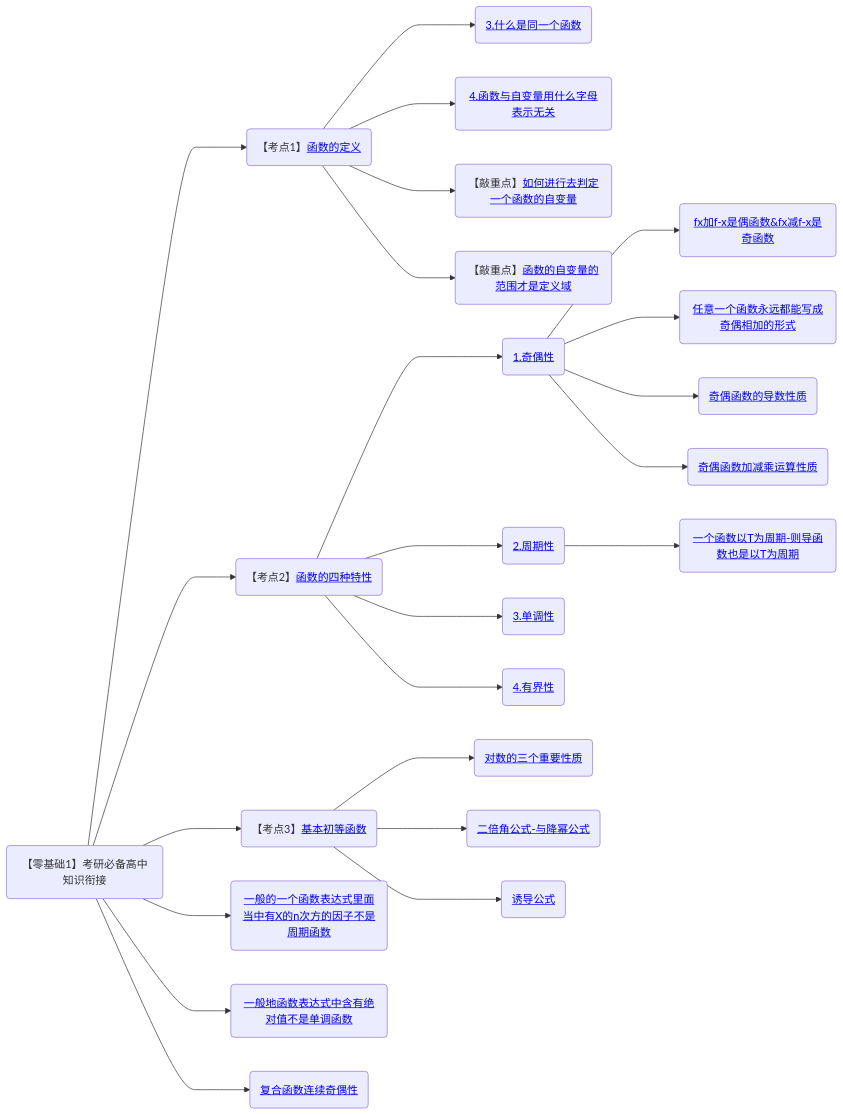
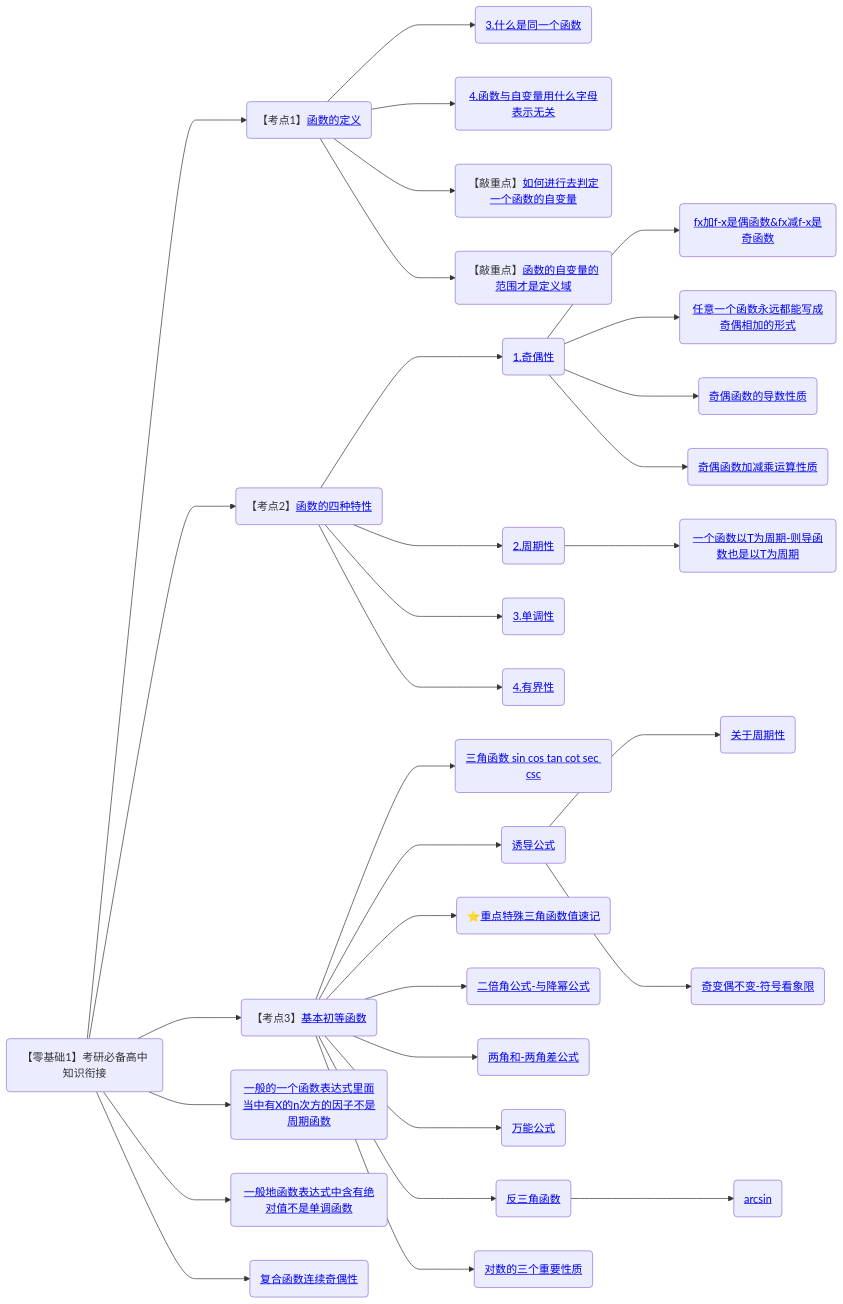
Before and after one commit to yuebinghui/note: the second of 11 diagrams in 笔记/数学/周洋鑫/00.框架.md, drawn with Mermaid. The commit also changed 2 other files, not shown here.

Commit message:
Wed Sep 11 16:40:01 CST 2024

````diff
--- a/笔记/数学/周洋鑫/00.框架.md
+++ b/笔记/数学/周洋鑫/00.框架.md
@@ -11,36 +11,47 @@
 ```mermaid
 graph LR
 考研必备高中知识衔接(【零基础1】考研必备高中知识衔接)
 
 考研必备高中知识衔接--->函数的定义(【考点1】<a href="/Users/yuebinghui/Documents/program/github/note/笔记/数学/周洋鑫/02.零基础核心考点精讲1-1～2-1.md#函数的定义">函数的定义</>)
 函数的定义--->3.什么是同一个函数(<a href="/Users/yuebinghui/Documents/program/github/note/笔记/数学/周洋鑫/02.零基础核心考点精讲1-1～2-1.md#3.什么是同一个函数">3.什么是同一个函数</>)
 函数的定义--->4.函数与自变量用什么字母表示无关(<a href="/Users/yuebinghui/Documents/program/github/note/笔记/数学/周洋鑫/02.零基础核心考点精讲1-1～2-1.md#4.函数与自变量用什么字母表示无关">4.函数与自变量用什么字母表示无关</>)
 函数的定义--->如何进行去判定一个函数的自变量(【敲重点】<a href="/Users/yuebinghui/Documents/program/github/note/笔记/数学/周洋鑫/02.零基础核心考点精讲1-1～2-1.md#如何进行去判定一个函数的自变量">如何进行去判定一个函数的自变量</>)
 函数的定义--->函数的自变量的范围才是定义域(【敲重点】<a href="/Users/yuebinghui/Documents/program/github/note/笔记/数学/周洋鑫/02.零基础核心考点精讲1-1～2-1.md#函数的自变量的范围才是定义域">函数的自变量的范围才是定义域</>)
 
 考研必备高中知识衔接--->函数的四种特性(【考点2】<a href="/Users/yuebinghui/Documents/program/github/note/笔记/数学/周洋鑫/02.零基础核心考点精讲1-1～2-1.md#函数的四种特性">函数的四种特性</>)
 函数的四种特性--->1.奇偶性(<a href="/Users/yuebinghui/Documents/program/github/note/笔记/数学/周洋鑫/02.零基础核心考点精讲1-1～2-1.md#1.奇偶性">1.奇偶性</>)
 1.奇偶性--->fx加f-x是偶函数&fx减f-x是奇函数(<a href="/Users/yuebinghui/Documents/program/github/note/笔记/数学/周洋鑫/02.零基础核心考点精讲1-1～2-1.md#fx加f-x是偶函数&fx减f-x是奇函数">fx加f-x是偶函数&fx减f-x是奇函数</>)
 1.奇偶性--->任意一个函数永远都能写成奇偶相加的形式(<a href="/Users/yuebinghui/Documents/program/github/note/笔记/数学/周洋鑫/02.零基础核心考点精讲1-1～2-1.md#任意一个函数永远都能写成奇偶相加的形式">任意一个函数永远都能写成奇偶相加的形式</>)
 1.奇偶性--->奇偶函数的导数性质(<a href="/Users/yuebinghui/Documents/program/github/note/笔记/数学/周洋鑫/02.零基础核心考点精讲1-1～2-1.md#奇偶函数的导数性质">奇偶函数的导数性质</>)
 1.奇偶性--->奇偶函数加减乘运算性质(<a href="/Users/yuebinghui/Documents/program/github/note/笔记/数学/周洋鑫/02.零基础核心考点精讲1-1～2-1.md#奇偶函数加减乘运算性质">奇偶函数加减乘运算性质</>)
 函数的四种特性--->2.周期性(<a href="/Users/yuebinghui/Documents/program/github/note/笔记/数学/周洋鑫/02.零基础核心考点精讲1-1～2-1.md#2.周期性 ">2.周期性 </>)
 2.周期性--->一个函数以T为周期-则导函数也是以T为周期(<a href="/Users/yuebinghui/Documents/program/github/note/笔记/数学/周洋鑫/02.零基础核心考点精讲1-1～2-1.md#一个函数以T为周期-则导函数也是以T为周期">一个函数以T为周期-则导函数也是以T为周期</>)
 函数的四种特性--->3.单调性(<a href="/Users/yuebinghui/Documents/program/github/note/笔记/数学/周洋鑫/02.零基础核心考点精讲1-1～2-1.md#3.单调性">3.单调性</>)
 函数的四种特性--->4.有界性(<a href="/Users/yuebinghui/Documents/program/github/note/笔记/数学/周洋鑫/02.零基础核心考点精讲1-1～2-1.md#4.有界性">4.有界性</>)
 
 
 
 考研必备高中知识衔接--->基本初等函数(【考点3】<a href="/Users/yuebinghui/Documents/program/github/note/笔记/数学/周洋鑫/02.零基础核心考点精讲1-1～2-1.md#基本初等函数">基本初等函数</>)
+基本初等函数--->三角函数(<a href="/Users/yuebinghui/Documents/program/github/note/笔记/数学/周洋鑫/02.零基础核心考点精讲1-1～2-1.md#三角函数">三角函数 sin cos tan cot sec csc</>)
+基本初等函数--->诱导公式(<a href="/Users/yuebinghui/Documents/program/github/note/笔记/数学/周洋鑫/02.零基础核心考点精讲1-1～2-1.md#诱导公式">诱导公式</>)
+诱导公式--->关于周期性(<a href="/Users/yuebinghui/Documents/program/github/note/笔记/数学/周洋鑫/02.零基础核心考点精讲1-1～2-1.md#关于周期性">关于周期性</>)
+诱导公式--->奇变偶不变-符号看象限(<a href="/Users/yuebinghui/Documents/program/github/note/笔记/数学/周洋鑫/02.零基础核心考点精讲1-1～2-1.md#奇变偶不变-符号看象限">奇变偶不变-符号看象限</>)
+基本初等函数--->重点特殊三角函数值速记(⭐️<a href="/Users/yuebinghui/Documents/program/github/note/笔记/数学/周洋鑫/02.零基础核心考点精讲1-1～2-1.md#重点特殊三角函数值速记">重点特殊三角函数值速记</>)
+基本初等函数--->二倍角公式-与降幂公式(<a href="/Users/yuebinghui/Documents/program/github/note/笔记/数学/周洋鑫/02.零基础核心考点精讲1-1～2-1.md#二倍角公式-与降幂公式">二倍角公式-与降幂公式</>)
+基本初等函数--->两角和-两角差公式(<a href="/Users/yuebinghui/Documents/program/github/note/笔记/数学/周洋鑫/02.零基础核心考点精讲1-1～2-1.md#两角和-两角差公式">两角和-两角差公式</>)
+基本初等函数--->万能公式(<a href="/Users/yuebinghui/Documents/program/github/note/笔记/数学/周洋鑫/02.零基础核心考点精讲1-1～2-1.md#万能公式">万能公式</>)
+基本初等函数--->反三角函数(<a href="/Users/yuebinghui/Documents/program/github/note/笔记/数学/周洋鑫/02.零基础核心考点精讲1-1～2-1.md#反三角函数">反三角函数</>)
+反三角函数--->arcsin(<a href="/Users/yuebinghui/Documents/program/github/note/笔记/数学/周洋鑫/02.零基础核心考点精讲1-1～2-1.md#arcsin">arcsin</>)
+
 基本初等函数--->对数的三个重要性质(<a href="/Users/yuebinghui/Documents/program/github/note/笔记/数学/周洋鑫/02.零基础核心考点精讲1-1～2-1.md#对数的三个重要性质">对数的三个重要性质</>)
-基本初等函数--->二倍角公式-与降幂公式(<a href="/Users/yuebinghui/Documents/program/github/note/笔记/数学/周洋鑫/02.零基础核心考点精讲1-1～2-1.md#二倍角公式-与降幂公式">二倍角公式-与降幂公式</>)
-基本初等函数--->诱导公式(<a href="/Users/yuebinghui/Documents/program/github/note/笔记/数学/周洋鑫/02.零基础核心考点精讲1-1～2-1.md#诱导公式">诱导公式</>)
+
+
 
 
 
 考研必备高中知识衔接--->一般的一个函数表达式里面当中有X的n次方的因子不是周期函数(<a href="/Users/yuebinghui/Documents/program/github/note/笔记/数学/周洋鑫/04.零基础核心考点精讲3-2.md#一般的一个函数表达式里面当中有X的n次方的因子不是周期函数">一般的一个函数表达式里面当中有X的n次方的因子不是周期函数</>)
 考研必备高中知识衔接--->一般地函数表达式中含有绝对值不是单调函数(<a href="/Users/yuebinghui/Documents/program/github/note/笔记/数学/周洋鑫/04.零基础核心考点精讲3-2.md#一般地函数表达式中含有绝对值不是单调函数">一般地函数表达式中含有绝对值不是单调函数</>)
 考研必备高中知识衔接--->复合函数连续奇偶性(<a href="/Users/yuebinghui/Documents/program/github/note/笔记/数学/周洋鑫/05.1.零基础核心考点精讲4-2.md#复合函数连续奇偶性">复合函数连续奇偶性</>)
 
 
 ```
````
